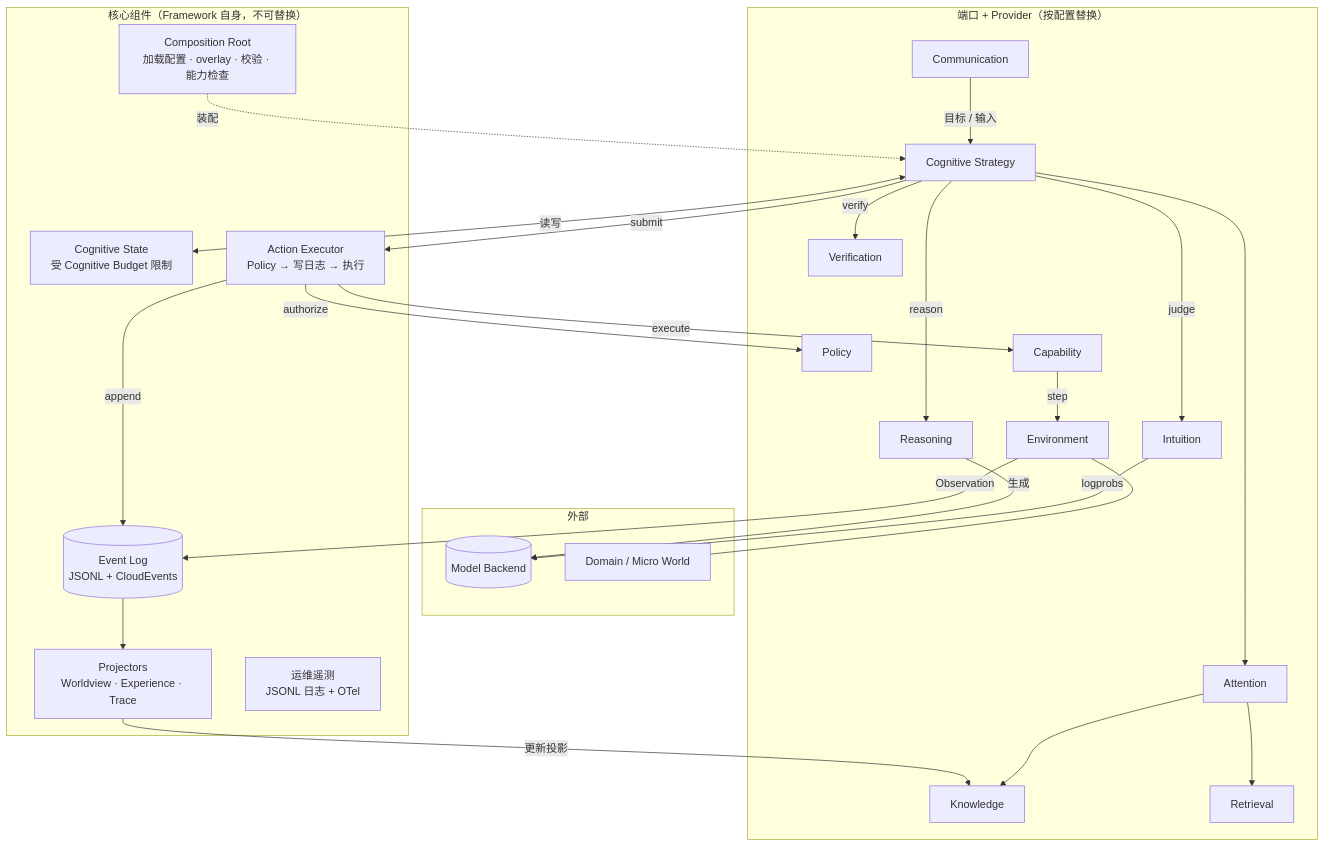
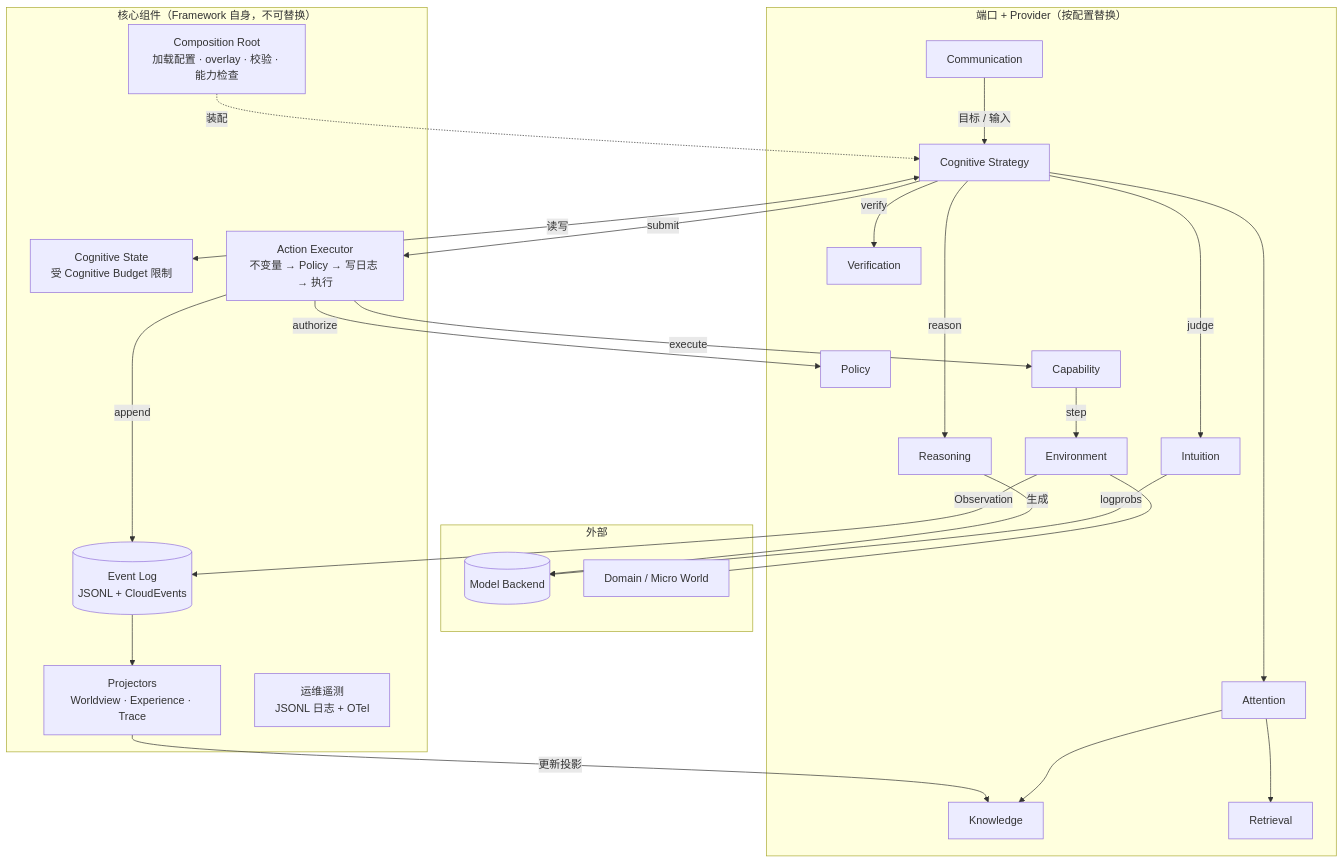
The third of 4 diagrams in docs/architecture/c4.md (ClydeShen/memex), drawn with Mermaid before and after one commit. The commit also changed other lines of this file and 9 other files, not shown here.

````diff
--- a/docs/architecture/c4.md
+++ b/docs/architecture/c4.md
@@ -103,49 +103,49 @@
 ```mermaid
 flowchart TB
   subgraph EXT[外部]
     BE[(Model Backend)]
     ENVX[Domain / Micro World]
   end
   subgraph CORE["核心组件（Framework 自身，不可替换）"]
     ROOT[Composition Root<br/>加载配置 · overlay · 校验 · 能力检查]
     STATE[Cognitive State<br/>受 Cognitive Budget 限制]
-    ACT[Action Executor<br/>Policy → 写日志 → 执行]
+    ACT[Action Executor<br/>不变量 → Policy → 写日志 → 执行]
     LOG[(Event Log<br/>JSONL + CloudEvents)]
     PROJ[Projectors<br/>Worldview · Experience · Trace]
     TEL[运维遥测<br/>JSONL 日志 + OTel]
   end
   subgraph PORTS["端口 + Provider（按配置替换）"]
     STRAT[Cognitive Strategy]
     ATT[Attention]
     INT[Intuition]
     REA[Reasoning]
     VER[Verification]
     KNO[Knowledge]
     RET[Retrieval]
     POL[Policy]
     CAP[Capability]
     ENV[Environment]
     COM[Communication]
   end
 
   ROOT -. 装配 .-> STRAT
   COM -->|目标 / 输入| STRAT
   STRAT <-->|读写| STATE
   STRAT --> ATT
   ATT --> KNO
   ATT --> RET
   STRAT -->|judge| INT
   STRAT -->|reason| REA
   STRAT -->|verify| VER
   STRAT -->|submit| ACT
   ACT -->|authorize| POL
   ACT -->|append| LOG
   ACT -->|execute| CAP
   CAP -->|step| ENV
   ENV --- ENVX
   ENV -->|Observation| LOG
   LOG --> PROJ
   PROJ -->|更新投影| KNO
   INT -->|logprobs| BE
   REA -->|生成| BE
 ```
````
